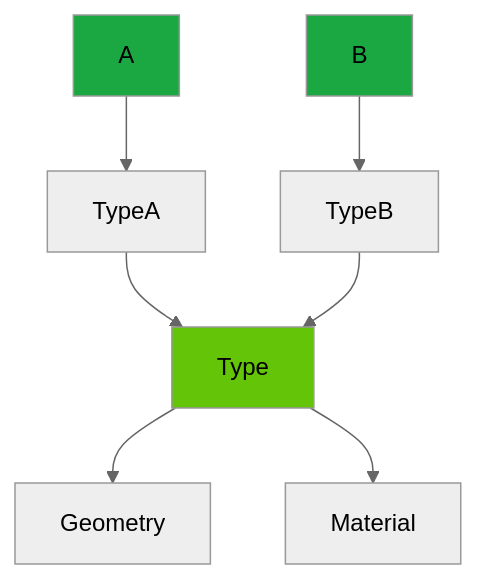
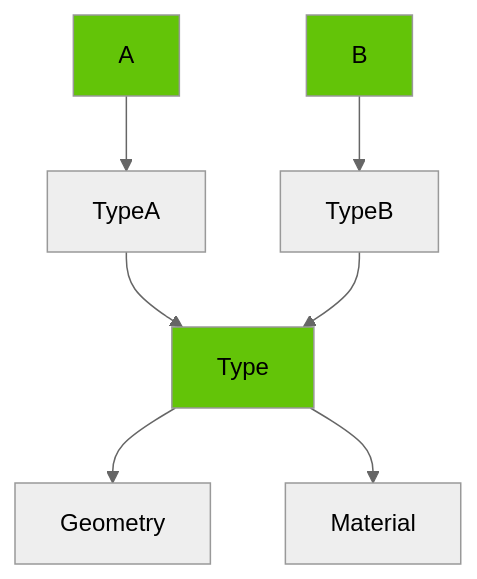
Before and after one commit to tomvandig/eccg: the second of 3 diagrams in README.md, drawn with Mermaid (neutral theme). The commit also changed other lines of this file, not shown here.

````diff
--- a/README.md
+++ b/README.md
@@ -44,15 +46,15 @@
 ```mermaid
 graph TD;
     A-->TypeA;
     B-->TypeB;
 
     TypeA-->Type
     TypeB-->Type
 
     Type-->Geometry;
     Type-->Material;
     
-    style A fill:#1ba842
-    style B fill:#1ba842
+    style A fill:#63c408
+    style B fill:#63c408
     style Type fill:#63c408
 ```
````
